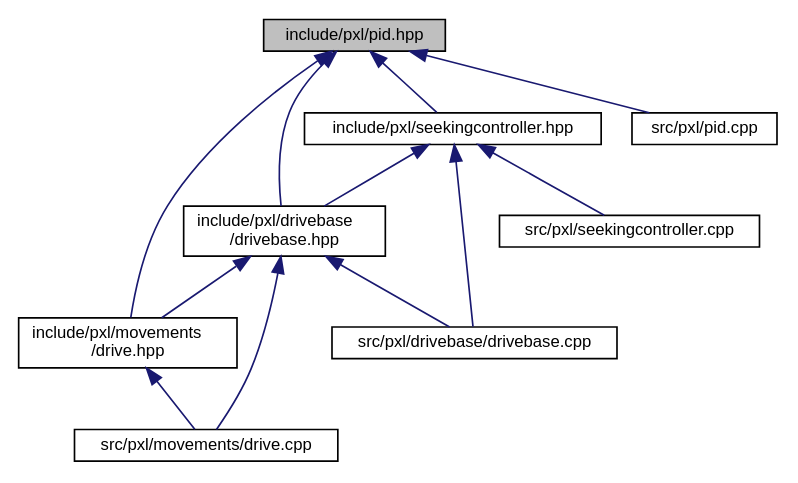
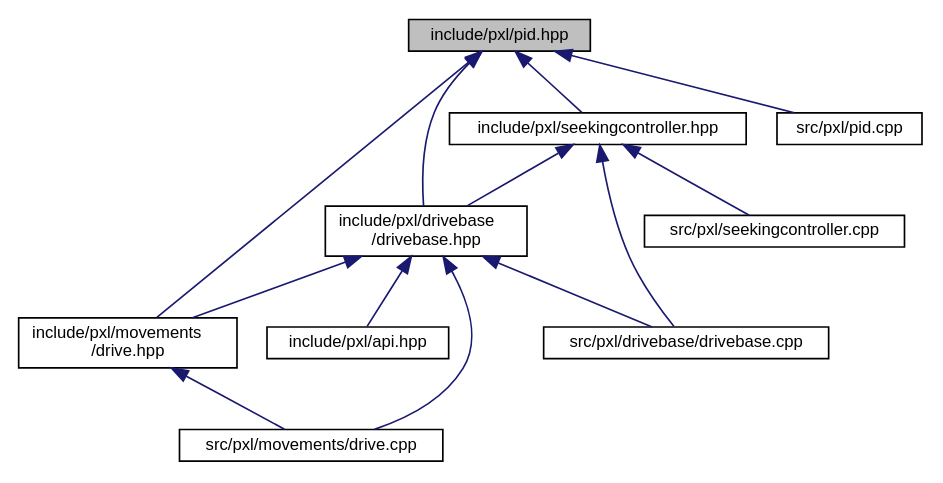
Before and after one commit to Pixel-Lib/Pixel: the diagram in pid_8hpp__dep__incl.dot, drawn with Graphviz. The commit also changed 14 other files, not shown here.

```diff
--- a/pid_8hpp__dep__incl.dot
+++ b/pid_8hpp__dep__incl.dot
@@ -1,25 +1,27 @@
 digraph "include/pxl/pid.hpp"
 {
  // LATEX_PDF_SIZE
   edge [fontname="Helvetica",fontsize="10",labelfontname="Helvetica",labelfontsize="10"];
   node [fontname="Helvetica",fontsize="10",shape=record];
   Node1 [label="include/pxl/pid.hpp",height=0.2,width=0.4,color="black", fillcolor="grey75", style="filled", fontcolor="black",tooltip=" "];
   Node1 -> Node2 [dir="back",color="midnightblue",fontsize="10",style="solid",fontname="Helvetica"];
   Node2 [label="include/pxl/drivebase\l/drivebase.hpp",height=0.2,width=0.4,color="black", fillcolor="white", style="filled",URL="$drivebase_8hpp.html",tooltip=" "];
   Node2 -> Node3 [dir="back",color="midnightblue",fontsize="10",style="solid",fontname="Helvetica"];
-  Node3 [label="include/pxl/movements\l/drive.hpp",height=0.2,width=0.4,color="black", fillcolor="white", style="filled",URL="$drive_8hpp.html",tooltip=" "];
-  Node3 -> Node4 [dir="back",color="midnightblue",fontsize="10",style="solid",fontname="Helvetica"];
-  Node4 [label="src/pxl/movements/drive.cpp",height=0.2,width=0.4,color="black", fillcolor="white", style="filled",URL="$drive_8cpp.html",tooltip=" "];
+  Node3 [label="include/pxl/api.hpp",height=0.2,width=0.4,color="black", fillcolor="white", style="filled",URL="$api_8hpp.html",tooltip=" "];
+  Node2 -> Node4 [dir="back",color="midnightblue",fontsize="10",style="solid",fontname="Helvetica"];
+  Node4 [label="include/pxl/movements\l/drive.hpp",height=0.2,width=0.4,color="black", fillcolor="white", style="filled",URL="$drive_8hpp.html",tooltip=" "];
+  Node4 -> Node5 [dir="back",color="midnightblue",fontsize="10",style="solid",fontname="Helvetica"];
+  Node5 [label="src/pxl/movements/drive.cpp",height=0.2,width=0.4,color="black", fillcolor="white", style="filled",URL="$drive_8cpp.html",tooltip=" "];
+  Node2 -> Node6 [dir="back",color="midnightblue",fontsize="10",style="solid",fontname="Helvetica"];
+  Node6 [label="src/pxl/drivebase/drivebase.cpp",height=0.2,width=0.4,color="black", fillcolor="white", style="filled",URL="$drivebase_8cpp.html",tooltip=" "];
   Node2 -> Node5 [dir="back",color="midnightblue",fontsize="10",style="solid",fontname="Helvetica"];
-  Node5 [label="src/pxl/drivebase/drivebase.cpp",height=0.2,width=0.4,color="black", fillcolor="white", style="filled",URL="$drivebase_8cpp.html",tooltip=" "];
-  Node2 -> Node4 [dir="back",color="midnightblue",fontsize="10",style="solid",fontname="Helvetica"];
-  Node1 -> Node3 [dir="back",color="midnightblue",fontsize="10",style="solid",fontname="Helvetica"];
-  Node1 -> Node6 [dir="back",color="midnightblue",fontsize="10",style="solid",fontname="Helvetica"];
-  Node6 [label="include/pxl/seekingcontroller.hpp",height=0.2,width=0.4,color="black", fillcolor="white", style="filled",URL="$seekingcontroller_8hpp.html",tooltip=" "];
-  Node6 -> Node2 [dir="back",color="midnightblue",fontsize="10",style="solid",fontname="Helvetica"];
-  Node6 -> Node5 [dir="back",color="midnightblue",fontsize="10",style="solid",fontname="Helvetica"];
-  Node6 -> Node7 [dir="back",color="midnightblue",fontsize="10",style="solid",fontname="Helvetica"];
-  Node7 [label="src/pxl/seekingcontroller.cpp",height=0.2,width=0.4,color="black", fillcolor="white", style="filled",URL="$seekingcontroller_8cpp.html",tooltip=" "];
-  Node1 -> Node8 [dir="back",color="midnightblue",fontsize="10",style="solid",fontname="Helvetica"];
-  Node8 [label="src/pxl/pid.cpp",height=0.2,width=0.4,color="black", fillcolor="white", style="filled",URL="$pid_8cpp.html",tooltip=" "];
+  Node1 -> Node4 [dir="back",color="midnightblue",fontsize="10",style="solid",fontname="Helvetica"];
+  Node1 -> Node7 [dir="back",color="midnightblue",fontsize="10",style="solid",fontname="Helvetica"];
+  Node7 [label="include/pxl/seekingcontroller.hpp",height=0.2,width=0.4,color="black", fillcolor="white", style="filled",URL="$seekingcontroller_8hpp.html",tooltip=" "];
+  Node7 -> Node2 [dir="back",color="midnightblue",fontsize="10",style="solid",fontname="Helvetica"];
+  Node7 -> Node6 [dir="back",color="midnightblue",fontsize="10",style="solid",fontname="Helvetica"];
+  Node7 -> Node8 [dir="back",color="midnightblue",fontsize="10",style="solid",fontname="Helvetica"];
+  Node8 [label="src/pxl/seekingcontroller.cpp",height=0.2,width=0.4,color="black", fillcolor="white", style="filled",URL="$seekingcontroller_8cpp.html",tooltip=" "];
+  Node1 -> Node9 [dir="back",color="midnightblue",fontsize="10",style="solid",fontname="Helvetica"];
+  Node9 [label="src/pxl/pid.cpp",height=0.2,width=0.4,color="black", fillcolor="white", style="filled",URL="$pid_8cpp.html",tooltip=" "];
 }
```
